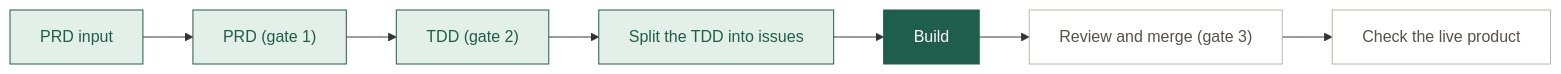
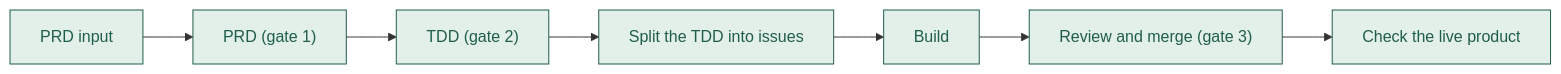
One commit to hornof/sketch-gallery changed the diagram in docs/MAP.md. Above: the diagram before and after it, drawn with Mermaid. The commit also changed other lines of this file, not shown here.

Commit message:
Map: the build is done and the site is live (#21)

````diff
--- a/docs/MAP.md
+++ b/docs/MAP.md
@@ -9,7 +9,7 @@
 ```mermaid
 flowchart LR
-  s1["PRD input"]:::done --> s2["PRD (gate 1)"]:::done --> s3["TDD (gate 2)"]:::done --> s4["Split the TDD into issues"]:::done --> s5["Build"]:::now --> s6["Review and merge (gate 3)"]:::next --> s7["Check the live product"]:::next
+  s1["PRD input"]:::done --> s2["PRD (gate 1)"]:::done --> s3["TDD (gate 2)"]:::done --> s4["Split the TDD into issues"]:::done --> s5["Build"]:::done --> s6["Review and merge (gate 3)"]:::done --> s7["Check the live product"]:::done
   classDef done fill:#E3EFE9,stroke:#1F5E4A,color:#1F5E4A
   classDef now fill:#1F5E4A,stroke:#1F5E4A,color:#FFFFFF
   classDef next fill:#FFFFFF,stroke:#BBB6AC,color:#55524B
 ```
````
